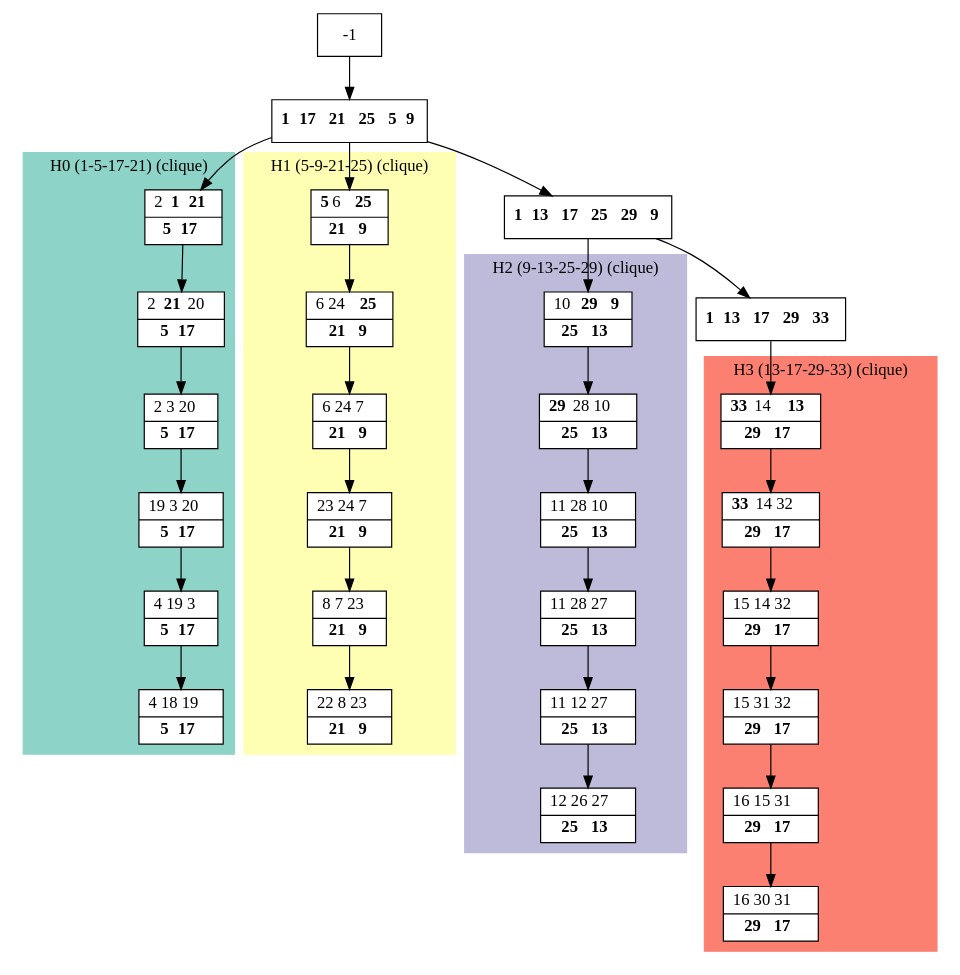
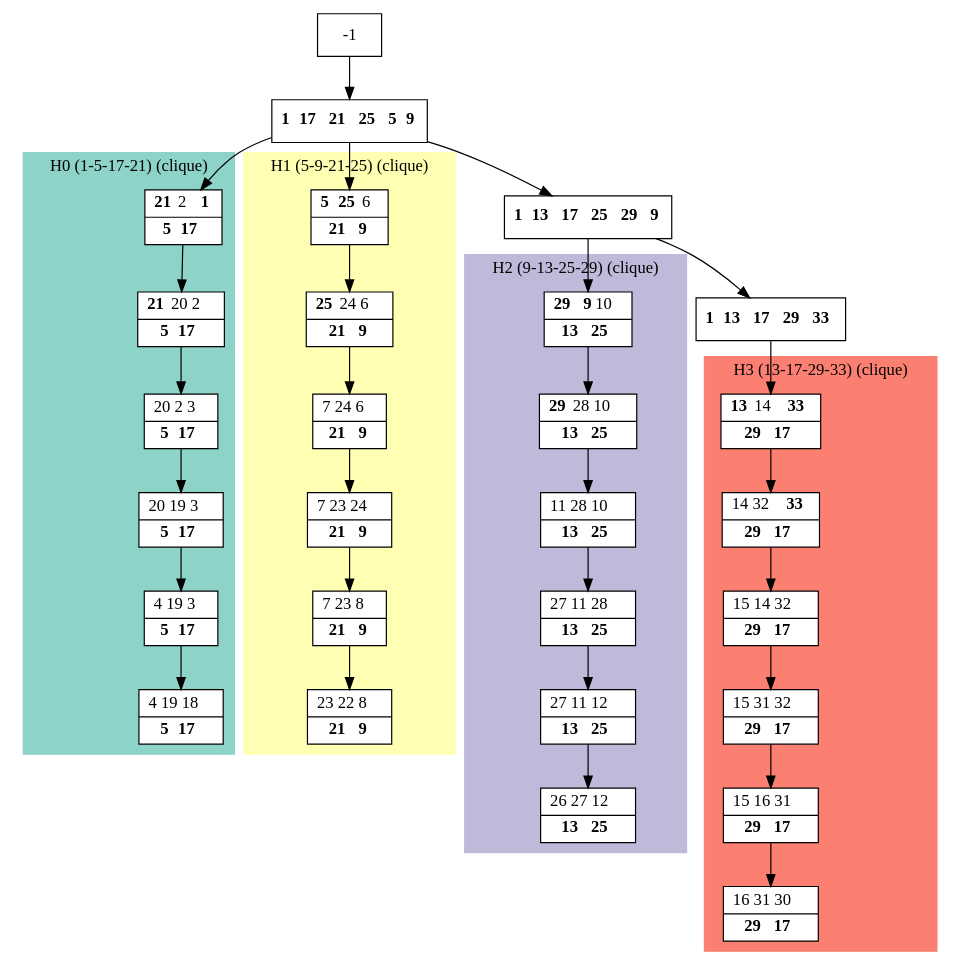
Before and after one commit to bmarchand/auto-dp: the diagram in results/dot_files/processed_K4.dot, drawn with Graphviz. The commit also changed 348 other files, not shown here.

```diff
--- a/results/dot_files/processed_K4.dot
+++ b/results/dot_files/processed_K4.dot
@@ -1,69 +1,69 @@
 digraph G {
     node [shape=box];
     subgraph cluster0 {
         node [style=filled,fillcolor=white];
         labeljust="l";
         style=filled;
         color="#8DD3C7";
         H0_0 -> H0_1 -> H0_2 -> H0_3 -> H0_4 -> H0_5;
         label="H0 (1-5-17-21) (clique)";
     }
     subgraph cluster1 {
         node [style=filled,fillcolor=white];
         labeljust="l";
         style=filled;
         color="#FFFFB3";
         H1_0 -> H1_1 -> H1_2 -> H1_3 -> H1_4 -> H1_5;
         label="H1 (5-9-21-25) (clique)";
     }
     subgraph cluster2 {
         node [style=filled,fillcolor=white];
         labeljust="l";
         style=filled;
         color="#BEBADA";
         H2_0 -> H2_1 -> H2_2 -> H2_3 -> H2_4 -> H2_5;
         label="H2 (9-13-25-29) (clique)";
     }
     subgraph cluster3 {
         node [style=filled,fillcolor=white];
         labeljust="l";
         style=filled;
         color="#FB8072";
         H3_0 -> H3_1 -> H3_2 -> H3_3 -> H3_4 -> H3_5;
         label="H3 (13-17-29-33) (clique)";
     }
      1 [shape=record,label= <{ <b>1</b> <b>17</b> <b>21</b> <b>25</b> <b>5</b> <b>9</b>}> ];
      -1  ->  1;
      14 [shape=record,label= <{ <b>1</b> <b>13</b> <b>17</b> <b>25</b> <b>29</b> <b>9</b>}> ];
      1  ->  14;
      21 [shape=record,label= <{ <b>1</b> <b>13</b> <b>17</b> <b>29</b> <b>33</b>}> ];
      14  ->  21;
-     H3_0 [shape=record,label= <{ <b>33</b> 14 <b>13</b>|  <b>29</b> <b>17</b>}> ];
+     H3_0 [shape=record,label= <{ <b>13</b> 14 <b>33</b>|  <b>29</b> <b>17</b>}> ];
      21  ->  H3_0;
-     H3_1 [shape=record,label= <{ <b>33</b> 14 32|  <b>29</b> <b>17</b>}> ];
+     H3_1 [shape=record,label= <{ 14 32 <b>33</b>|  <b>29</b> <b>17</b>}> ];
      H3_2 [shape=record,label= <{ 15 14 32|  <b>29</b> <b>17</b>}> ];
      H3_3 [shape=record,label= <{ 15 31 32|  <b>29</b> <b>17</b>}> ];
-     H3_4 [shape=record,label= <{ 16 15 31|  <b>29</b> <b>17</b>}> ];
-     H3_5 [shape=record,label= <{ 16 30 31|  <b>29</b> <b>17</b>}> ];
-     H2_0 [shape=record,label= <{ 10 <b>29</b> <b>9</b>|  <b>25</b> <b>13</b>}> ];
+     H3_4 [shape=record,label= <{ 15 16 31|  <b>29</b> <b>17</b>}> ];
+     H3_5 [shape=record,label= <{ 16 31 30|  <b>29</b> <b>17</b>}> ];
+     H2_0 [shape=record,label= <{ <b>29</b> <b>9</b> 10|  <b>13</b> <b>25</b>}> ];
      14  ->  H2_0;
-     H2_1 [shape=record,label= <{ <b>29</b> 28 10|  <b>25</b> <b>13</b>}> ];
-     H2_2 [shape=record,label= <{ 11 28 10|  <b>25</b> <b>13</b>}> ];
-     H2_3 [shape=record,label= <{ 11 28 27|  <b>25</b> <b>13</b>}> ];
-     H2_4 [shape=record,label= <{ 11 12 27|  <b>25</b> <b>13</b>}> ];
-     H2_5 [shape=record,label= <{ 12 26 27|  <b>25</b> <b>13</b>}> ];
-     H0_0 [shape=record,label= <{ 2 <b>1</b> <b>21</b>|  <b>5</b> <b>17</b>}> ];
+     H2_1 [shape=record,label= <{ <b>29</b> 28 10|  <b>13</b> <b>25</b>}> ];
+     H2_2 [shape=record,label= <{ 11 28 10|  <b>13</b> <b>25</b>}> ];
+     H2_3 [shape=record,label= <{ 27 11 28|  <b>13</b> <b>25</b>}> ];
+     H2_4 [shape=record,label= <{ 27 11 12|  <b>13</b> <b>25</b>}> ];
+     H2_5 [shape=record,label= <{ 26 27 12|  <b>13</b> <b>25</b>}> ];
+     H0_0 [shape=record,label= <{ <b>21</b> 2 <b>1</b>|  <b>5</b> <b>17</b>}> ];
      1  ->  H0_0;
-     H0_1 [shape=record,label= <{ 2 <b>21</b> 20|  <b>5</b> <b>17</b>}> ];
-     H0_2 [shape=record,label= <{ 2 3 20|  <b>5</b> <b>17</b>}> ];
-     H0_3 [shape=record,label= <{ 19 3 20|  <b>5</b> <b>17</b>}> ];
+     H0_1 [shape=record,label= <{ <b>21</b> 20 2|  <b>5</b> <b>17</b>}> ];
+     H0_2 [shape=record,label= <{ 20 2 3|  <b>5</b> <b>17</b>}> ];
+     H0_3 [shape=record,label= <{ 20 19 3|  <b>5</b> <b>17</b>}> ];
      H0_4 [shape=record,label= <{ 4 19 3|  <b>5</b> <b>17</b>}> ];
-     H0_5 [shape=record,label= <{ 4 18 19|  <b>5</b> <b>17</b>}> ];
-     H1_0 [shape=record,label= <{ <b>5</b> 6 <b>25</b>|  <b>21</b> <b>9</b>}> ];
+     H0_5 [shape=record,label= <{ 4 19 18|  <b>5</b> <b>17</b>}> ];
+     H1_0 [shape=record,label= <{ <b>5</b> <b>25</b> 6|  <b>21</b> <b>9</b>}> ];
      1  ->  H1_0;
-     H1_1 [shape=record,label= <{ 6 24 <b>25</b>|  <b>21</b> <b>9</b>}> ];
-     H1_2 [shape=record,label= <{ 6 24 7|  <b>21</b> <b>9</b>}> ];
-     H1_3 [shape=record,label= <{ 23 24 7|  <b>21</b> <b>9</b>}> ];
-     H1_4 [shape=record,label= <{ 8 7 23|  <b>21</b> <b>9</b>}> ];
-     H1_5 [shape=record,label= <{ 22 8 23|  <b>21</b> <b>9</b>}> ];
+     H1_1 [shape=record,label= <{ <b>25</b> 24 6|  <b>21</b> <b>9</b>}> ];
+     H1_2 [shape=record,label= <{ 7 24 6|  <b>21</b> <b>9</b>}> ];
+     H1_3 [shape=record,label= <{ 7 23 24|  <b>21</b> <b>9</b>}> ];
+     H1_4 [shape=record,label= <{ 7 23 8|  <b>21</b> <b>9</b>}> ];
+     H1_5 [shape=record,label= <{ 23 22 8|  <b>21</b> <b>9</b>}> ];
 }
```
